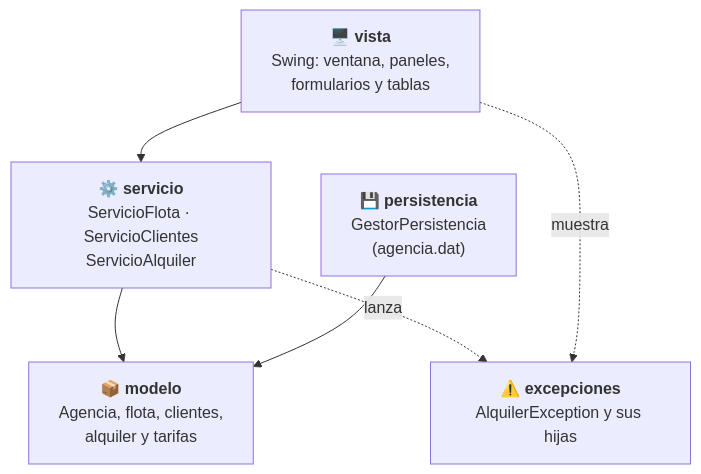
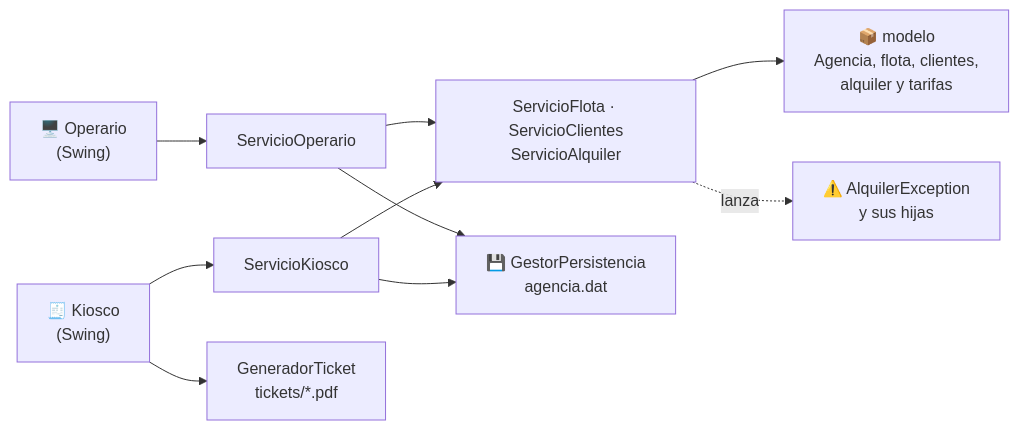
Before and after one commit to SalteFdez/Agencia-de-Alquiler-de-vehiculos-Lenguajes-2: the diagram in README.md, drawn with Mermaid. The commit also changed other lines of this file and 32 other files, not shown here.

Commit message:
Commit final de Agencia de Alquiler de vehiculos

````diff
--- a/README.md
+++ b/README.md
@@ -178,14 +168,12 @@
 ```mermaid
-flowchart TB
-    V["🖥️ <b>vista</b><br/>Swing: ventana, paneles,<br/>formularios y tablas"]
-    S["⚙️ <b>servicio</b><br/>ServicioFlota · ServicioClientes<br/>ServicioAlquiler"]
-    M["📦 <b>modelo</b><br/>Agencia, flota, clientes,<br/>alquiler y tarifas"]
-    E["⚠️ <b>excepciones</b><br/>AlquilerException y sus hijas"]
-    P["💾 <b>persistencia</b><br/>GestorPersistencia<br/>(agencia.dat)"]
-
-    V --> S
-    S --> M
-    S -. lanza .-> E
-    V -. muestra .-> E
-    P --> M
+flowchart LR
+    OP["🖥️ Operario<br/>(Swing)"] --> SO["ServicioOperario"]
+    KI["🧾 Kiosco<br/>(Swing)"] --> SK["ServicioKiosco"]
+    SO --> SB["ServicioFlota · ServicioClientes<br/>ServicioAlquiler"]
+    SK --> SB
+    SB --> M["📦 modelo<br/>Agencia, flota, clientes,<br/>alquiler y tarifas"]
+    SO --> P["💾 GestorPersistencia<br/>agencia.dat"]
+    SK --> P
+    KI --> T["GeneradorTicket<br/>tickets/*.pdf"]
+    SB -. lanza .-> E["⚠️ AlquilerException<br/>y sus hijas"]
 ```
````
